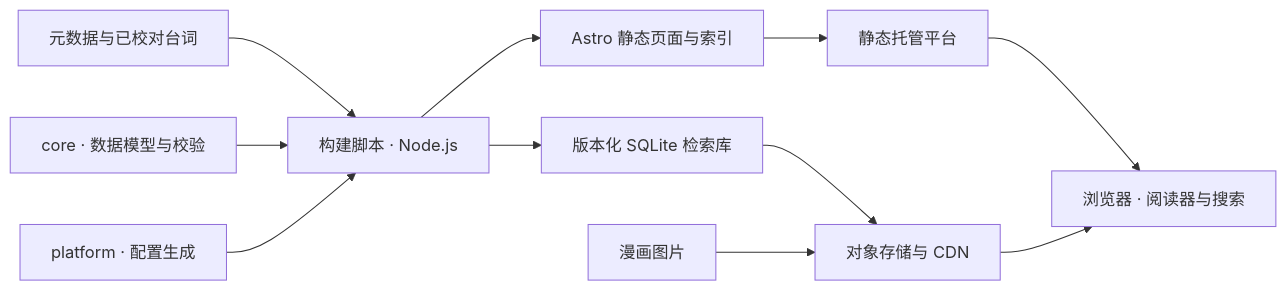
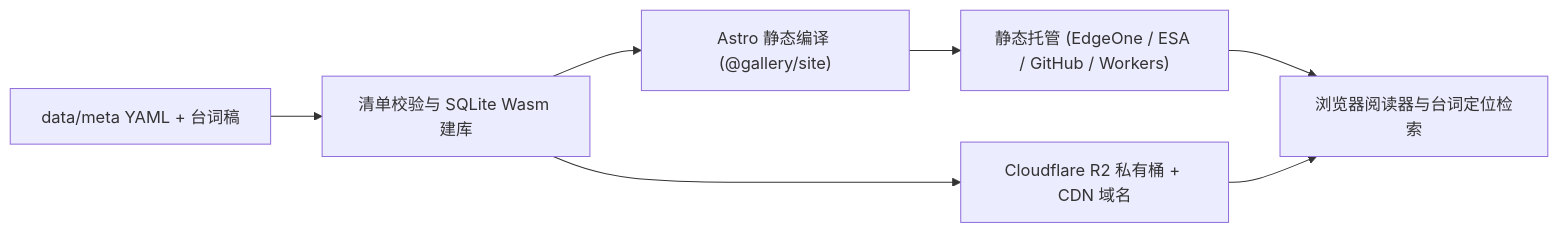
One commit to CyberNova2333/pagehaven changed the diagram in README.md. Above: the diagram before and after it, drawn with Mermaid. The commit also changed other lines of this file and 39 other files, not shown here.

````diff
--- a/README.md
+++ b/README.md
@@ -241,13 +18,9 @@
 ```mermaid
 flowchart LR
-    INPUT["元数据与已校对台词"] --> BUILD["构建脚本 · Node.js"]
-    CORE["core · 数据模型与校验"] --> BUILD
-    PLATFORM["platform · 配置生成"] --> BUILD
-    BUILD --> SITE["Astro 静态页面与索引"]
-    BUILD --> DB["版本化 SQLite 检索库"]
-    SITE --> HOST["静态托管平台"]
-    DB --> CDN["对象存储与 CDN"]
-    IMAGES["漫画图片"] --> CDN
-    HOST --> BROWSER["浏览器 · 阅读器与搜索"]
-    CDN --> BROWSER
+  A["data/meta YAML + 台词稿"] --> B["清单校验与 SQLite Wasm 建库"]
+  B --> C["Astro 静态编译 (@gallery/site)"]
+  C --> D["静态托管 (EdgeOne / ESA / GitHub / Workers)"]
+  B --> E["Cloudflare R2 私有桶 + CDN 域名"]
+  D --> F["浏览器阅读器与台词定位检索"]
+  E --> F
 ```
````
